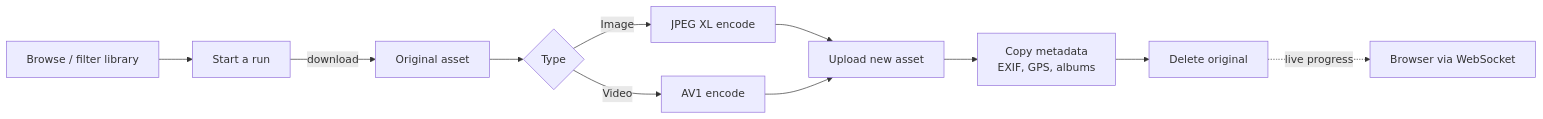
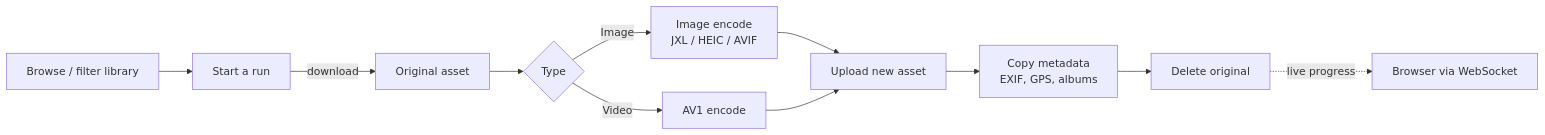
Before and after one commit to fabianwimberger/immich-convert-originals: the diagram in README.md, drawn with Mermaid. The commit also changed other lines of this file and 11 other files, not shown here.

First line of the commit message:
feat: support HEIC and AVIF as JXL alternative output formats

````diff
--- a/README.md
+++ b/README.md
@@ -41,13 +42,13 @@
 ```mermaid
 flowchart LR
     A[Browse / filter library] --> B[Start a run]
     B -->|download| C[Original asset]
     C --> D{Type}
-    D -->|Image| E[JPEG XL encode]
+    D -->|Image| E[Image encode<br/>JXL / HEIC / AVIF]
     D -->|Video| F[AV1 encode]
     E --> G[Upload new asset]
     F --> G
     G --> H[Copy metadata<br/>EXIF, GPS, albums]
     H --> I[Delete original]
     I -.->|live progress| J[Browser via WebSocket]
 ```
````
